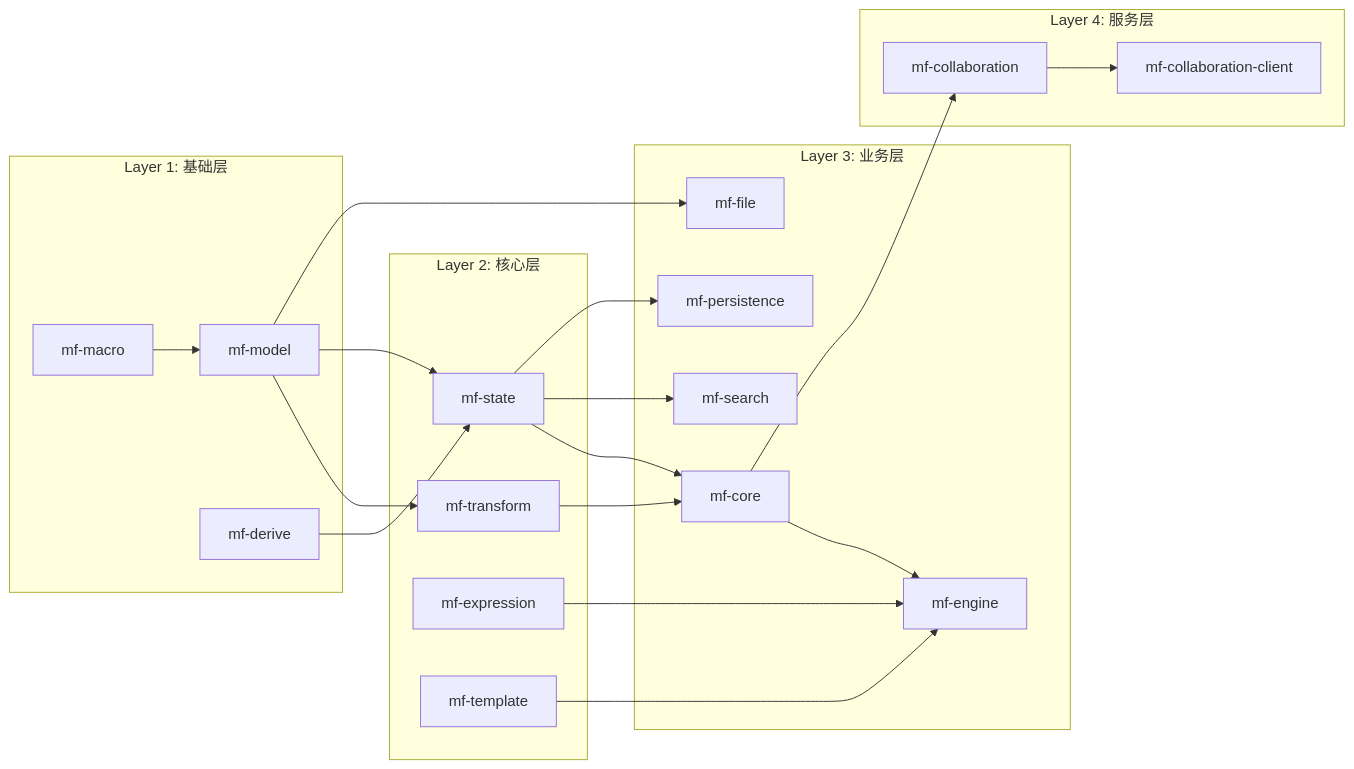
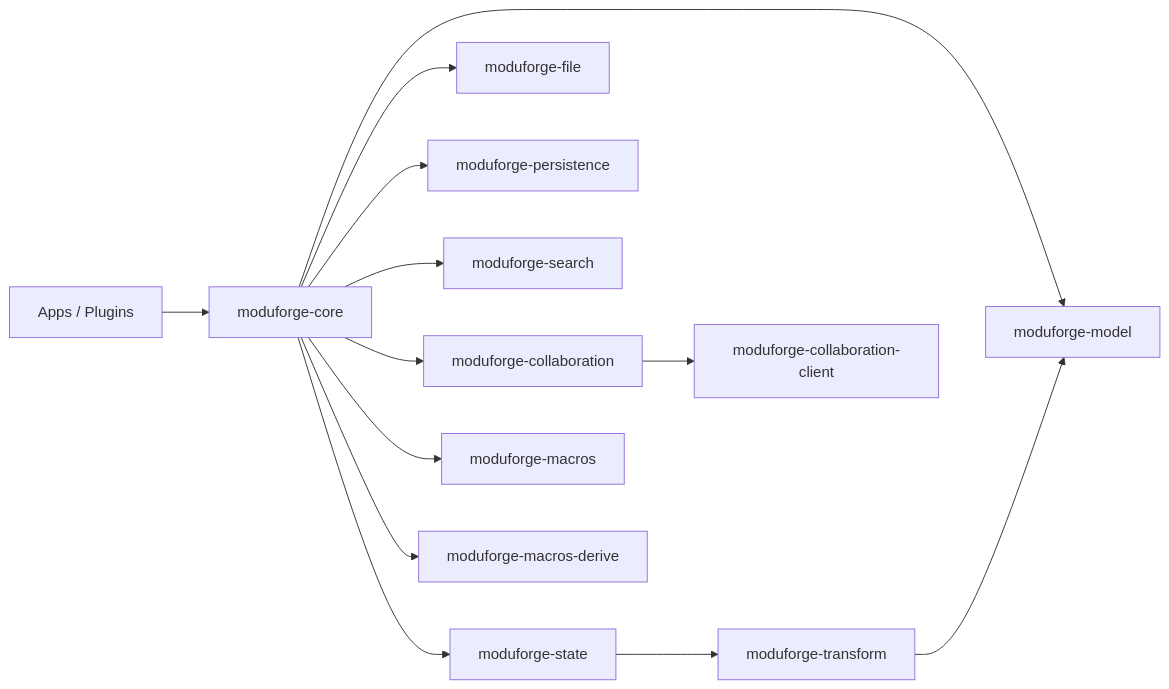
Before and after one commit to Cassielxd/moduforge-rs: the diagram in packages/docs/en/architecture-overview.md, drawn with Mermaid. The commit also changed other lines of this file and 25 other files, not shown here.

````diff
--- a/packages/docs/en/architecture-overview.md
+++ b/packages/docs/en/architecture-overview.md
@@ -274,47 +13,15 @@
 ```mermaid
 graph LR
-    subgraph "Layer 1: 基础层"
-        MODEL[mf-model]
-        DERIVE[mf-derive]
-        MACRO[mf-macro]
-    end
-    
-    subgraph "Layer 2: 核心层" 
-        TRANSFORM[mf-transform]
-        STATE[mf-state]
-        EXPRESSION[mf-expression]
-        TEMPLATE[mf-template]
-    end
-    
-    subgraph "Layer 3: 业务层"
-        CORE[mf-core]
-        ENGINE[mf-engine]
-        FILE[mf-file]
-        SEARCH[mf-search]
-        PERSIST[mf-persistence]
-    end
-    
-    subgraph "Layer 4: 服务层"
-        COLLAB[mf-collaboration]
-        CLIENT[mf-collaboration-client]
-    end
-    
-    MODEL --> TRANSFORM
-    MODEL --> STATE
-    MODEL --> FILE
-    
-    TRANSFORM --> CORE
-    STATE --> CORE
-    STATE --> SEARCH
-    STATE --> PERSIST
-    
-    EXPRESSION --> ENGINE
-    TEMPLATE --> ENGINE
-    CORE --> ENGINE
-    CORE --> COLLAB
-    
-    COLLAB --> CLIENT
-    
-    MACRO --> MODEL
-    DERIVE --> STATE
+    APP[Apps / Plugins] --> CORE
+    CORE[moduforge-core] --> MODEL[moduforge-model]
+    CORE --> STATE[moduforge-state]
+    STATE --> TRANSFORM[moduforge-transform]
+    TRANSFORM --> MODEL
+    CORE --> FILE[moduforge-file]
+    CORE --> PERSIST[moduforge-persistence]
+    CORE --> SEARCH[moduforge-search]
+    CORE --> COLLAB[moduforge-collaboration]
+    COLLAB --> CLIENT[moduforge-collaboration-client]
+    CORE --> MACRO[moduforge-macros]
+    CORE --> DERIVE[moduforge-macros-derive]
 ```
````
